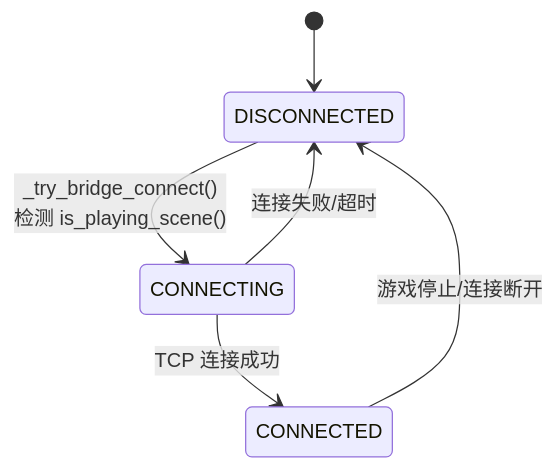
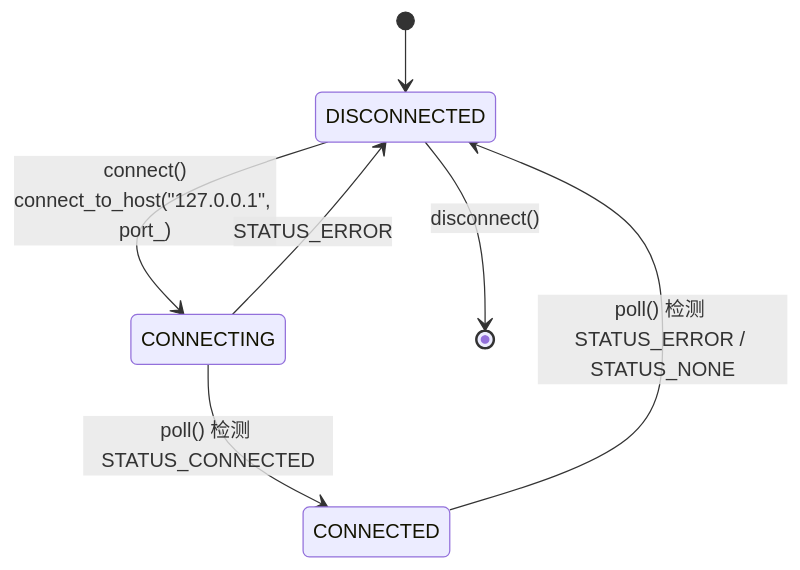
One commit to jesspig/GodotMCP-GDExtension changed the first of 3 diagrams in .repo_wiki/modules/runtime-bridge.md. Above: the diagram before and after it, drawn with Mermaid. The commit also changed other lines of this file and 36 other files, not shown here.

````diff
--- a/.repo_wiki/modules/runtime-bridge.md
+++ b/.repo_wiki/modules/runtime-bridge.md
@@ -57,8 +62,9 @@
 ```mermaid
 stateDiagram-v2
     [*] --> DISCONNECTED
-    DISCONNECTED --> CONNECTING: _try_bridge_connect()<br/>检测 is_playing_scene()
-    CONNECTING --> CONNECTED: TCP 连接成功
-    CONNECTING --> DISCONNECTED: 连接失败/超时
-    CONNECTED --> DISCONNECTED: 游戏停止/连接断开
+    DISCONNECTED --> CONNECTING: connect()<br/>connect_to_host("127.0.0.1", port_)
+    CONNECTING --> CONNECTED: poll() 检测 STATUS_CONNECTED
+    CONNECTING --> DISCONNECTED: STATUS_ERROR
+    CONNECTED --> DISCONNECTED: poll() 检测 STATUS_ERROR / STATUS_NONE
+    DISCONNECTED --> [*]: disconnect()
 ```
````
